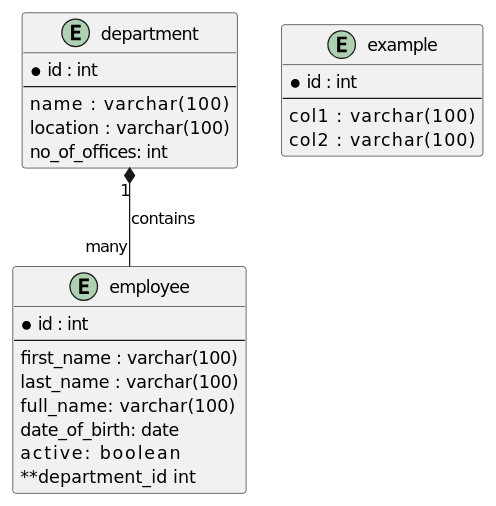
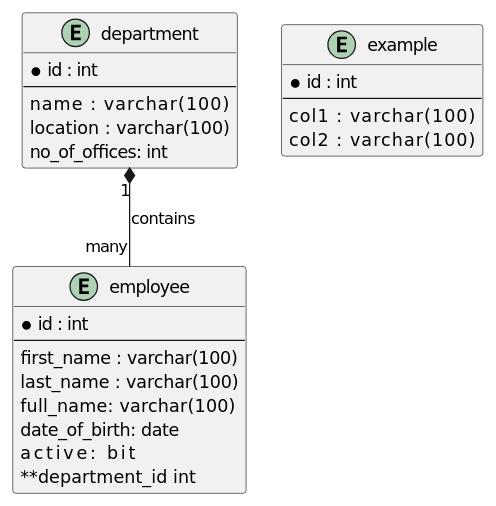
Before and after one commit to Jaafar91/UML-to-DB-to-API: the diagram in examples/example2/example2.plantuml, drawn with PlantUML. The commit also changed 30 other files, not shown here.

Commit message:
fix-bit-boolean

```diff
--- a/examples/example2/example2.plantuml
+++ b/examples/example2/example2.plantuml
@@ -1,30 +1,30 @@
 @startuml
 entity employee{
   *id : int
   --
   first_name :    varchar(100)
   last_name :     varchar(100)
   full_name:      varchar(100)
   date_of_birth:  date
-  active:         boolean
+  active:         bit
   **department_id   int
 }
 
 entity department{
   *id : int
   --
   name :         varchar(100)
   location :     varchar(100)
   no_of_offices: int
 }
 
 entity example{
   *id : int
   --
   col1 :         varchar(100)
   col2 :         varchar(100)
 }
 
 department "1" *-- "many" employee : contains
 
 @enduml
```
